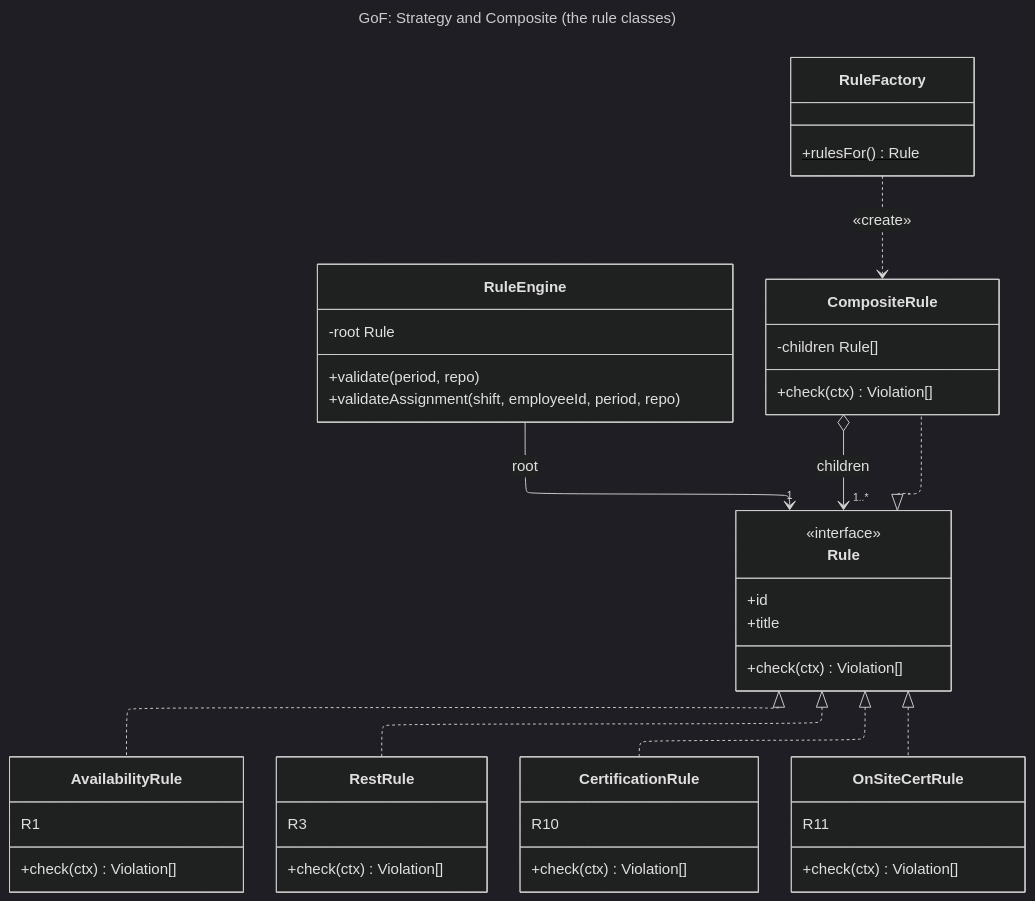
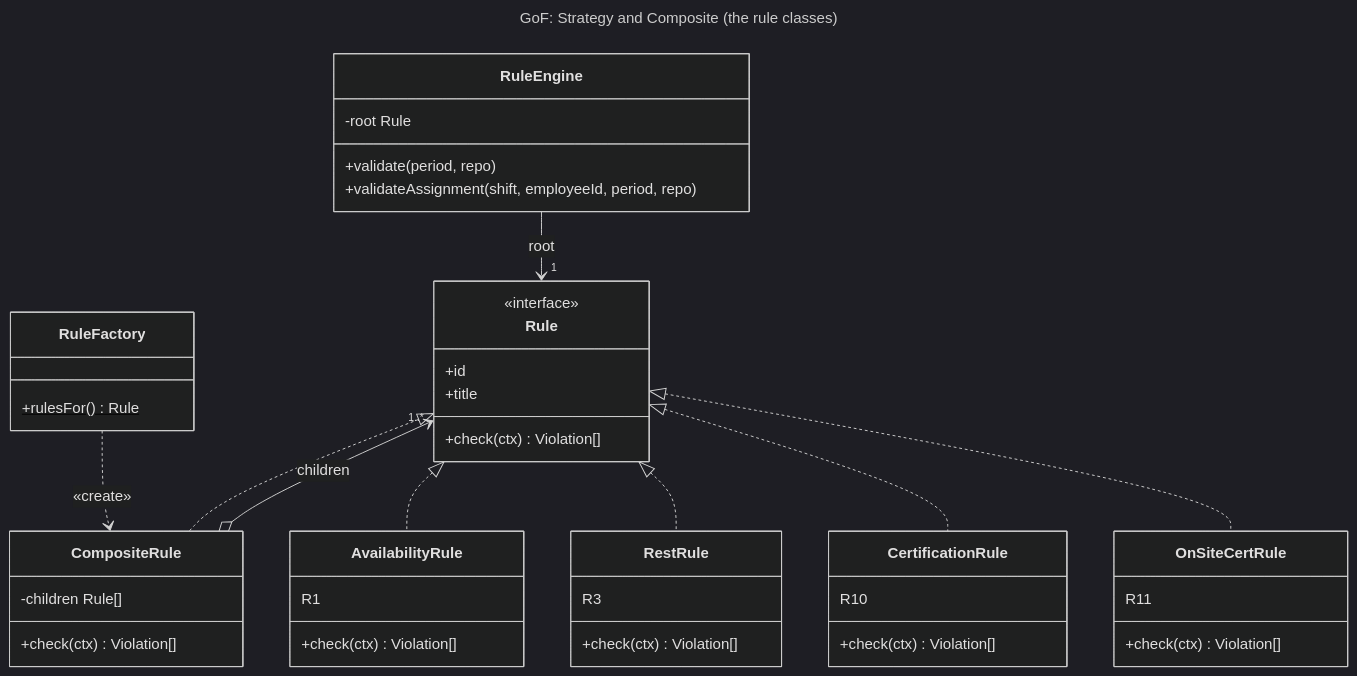
Before and after one commit to perfettiful/ShiftChex: the diagram in diagrams/mmd/patterns/gof_rules.mmd, drawn with Mermaid (dark theme). The commit also changed 66 other files, not shown here.

Commit message:
Landing page, part-time cap, swap board groups, diagram cleanup (#8)

```diff
--- a/diagrams/mmd/patterns/gof_rules.mmd
+++ b/diagrams/mmd/patterns/gof_rules.mmd
@@ -1,53 +1,53 @@
 ---
 title: "GoF: Strategy and Composite (the rule classes)"
 config:
-  layout: elk
+  layout: dagre
 ---
 %% Strategy: every rule answers check(ctx) its own way.
 %% Composite: a CompositeRule is also a Rule, so a group is used like one rule.
-%% only four of the eleven concrete rules are drawn
+%% only four of the twelve concrete rules are drawn
 classDiagram
     direction TB
     class RuleEngine {
         -root Rule
         +validate(period, repo)
         +validateAssignment(shift, employeeId, period, repo)
     }
     class RuleFactory {
         +rulesFor()$ Rule
     }
     class Rule {
         <<interface>>
         +id
         +title
         +check(ctx) Violation[]
     }
     class CompositeRule {
         -children Rule[]
         +check(ctx) Violation[]
     }
     class AvailabilityRule {
         R1
         +check(ctx) Violation[]
     }
     class RestRule {
         R3
         +check(ctx) Violation[]
     }
     class CertificationRule {
         R10
         +check(ctx) Violation[]
     }
     class OnSiteCertRule {
         R11
         +check(ctx) Violation[]
     }
 
     RuleEngine --> "1" Rule : root
     RuleFactory ..> CompositeRule : «create»
     Rule <|.. CompositeRule
     Rule <|.. AvailabilityRule
     Rule <|.. RestRule
     Rule <|.. CertificationRule
     Rule <|.. OnSiteCertRule
     CompositeRule o--> "1..*" Rule : children
```
